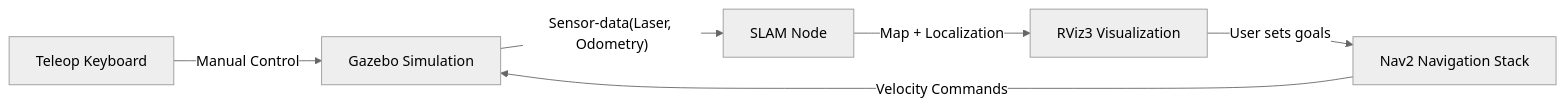
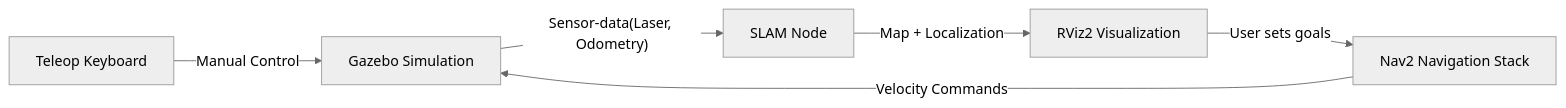
One commit to Ngigi33/Gazebo-Rviz2-Simulation-SLAM-and-Navigation changed the diagram in README.md. Above: the diagram before and after it, drawn with Mermaid (neutral theme).

````diff
--- a/README.md
+++ b/README.md
@@ -28,8 +28,8 @@
 ```mermaid
 flowchart LR
      A[Gazebo Simulation] --Sensor-data(Laser, Odometry)-->B[SLAM Node];
-     B --Map + Localization-->C[RViz3 Visualization];
+     B --Map + Localization-->C[RViz2 Visualization];
      C -->|User sets goals| D[Nav2 Navigation Stack];
      D -->|Velocity Commands| A
      E[Teleop Keyboard] -->|Manual Control| A
 ```
````
